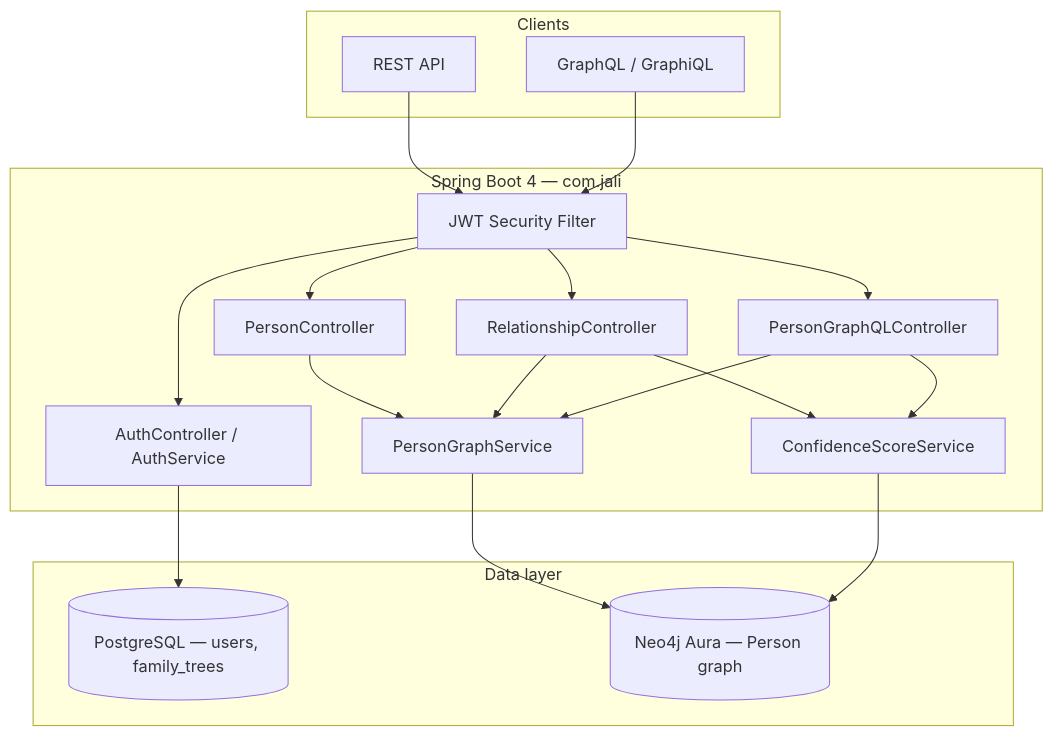
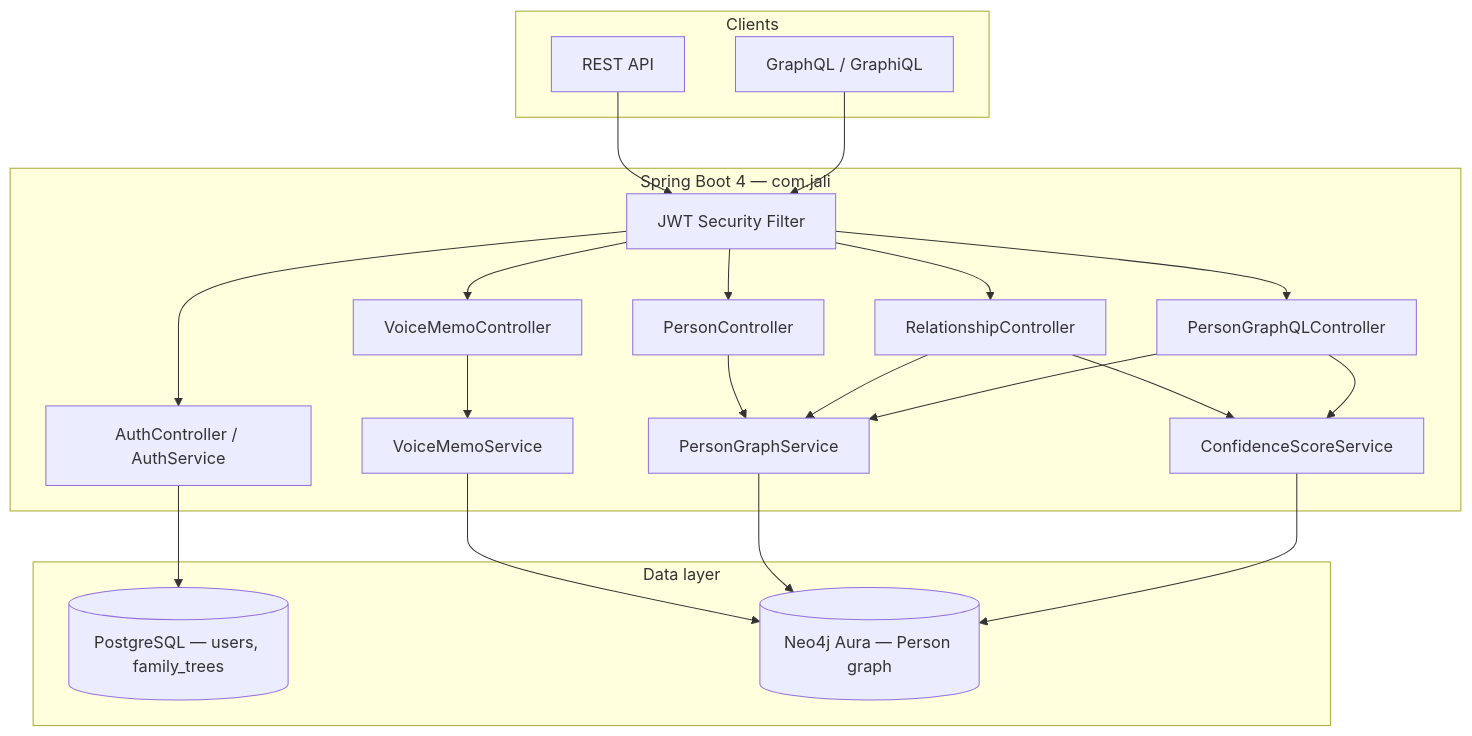
The diagram in README.md (Nvafeomo/Jali), drawn with Mermaid before and after one commit. The commit also changed other lines of this file and 7 other files, not shown here.

````diff
--- a/README.md
+++ b/README.md
@@ -15,37 +15,42 @@
 ```mermaid
 flowchart TB
     subgraph clients [Clients]
         REST[REST API]
         GQL[GraphQL / GraphiQL]
     end
 
     subgraph app [Spring Boot 4 — com.jali]
         SEC[JWT Security Filter]
         AUTH[AuthController / AuthService]
         PC[PersonController]
         RC[RelationshipController]
+        VMC[VoiceMemoController]
         GQC[PersonGraphQLController]
         CONF[ConfidenceScoreService]
         PGS[PersonGraphService]
+        VMS[VoiceMemoService]
     end
 
     subgraph data [Data layer]
         JPA[(PostgreSQL — users, family_trees)]
         NEO[(Neo4j Aura — Person graph)]
     end
 
     REST --> SEC
     GQL --> SEC
     SEC --> AUTH
     SEC --> PC
     SEC --> RC
+    SEC --> VMC
     SEC --> GQC
     AUTH --> JPA
     PC --> PGS
     RC --> PGS
     RC --> CONF
+    VMC --> VMS
+    VMS --> NEO
     GQC --> PGS
     GQC --> CONF
     PGS --> NEO
     CONF --> NEO
 ```
````
